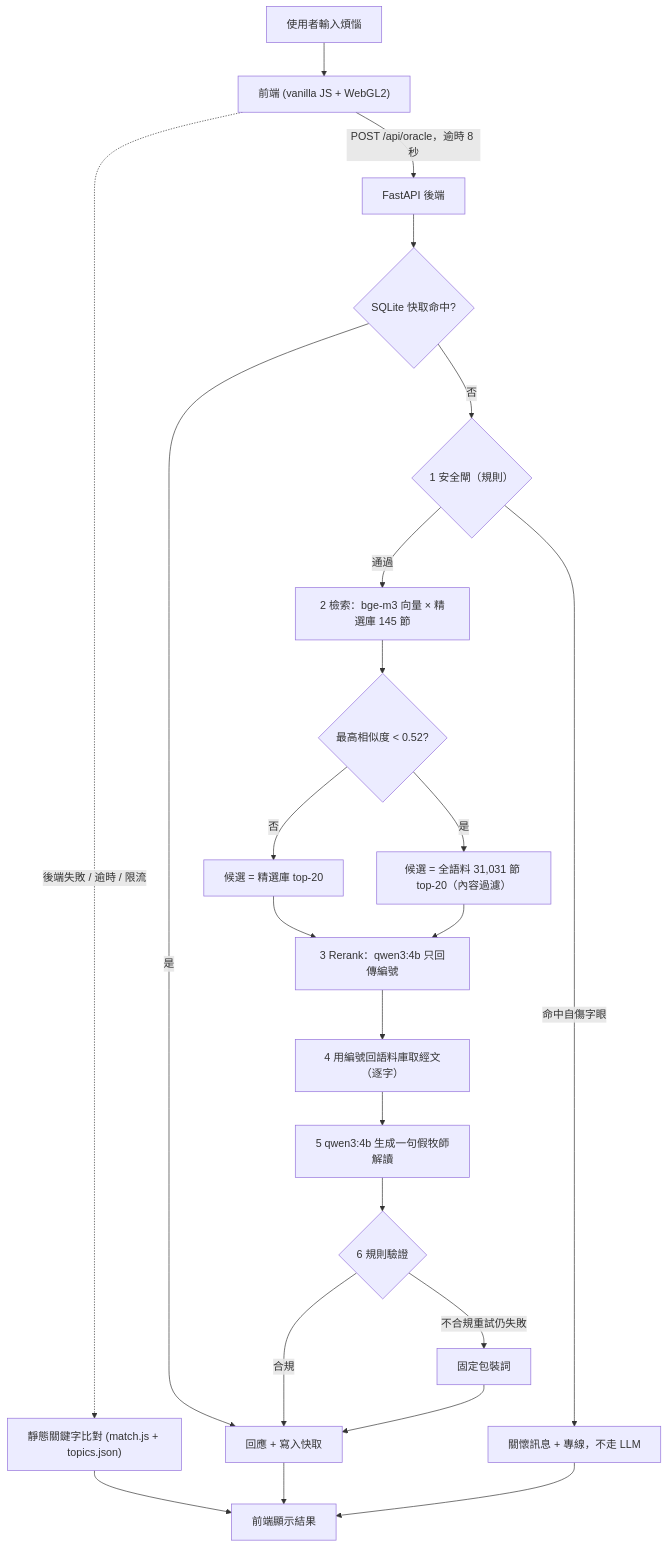
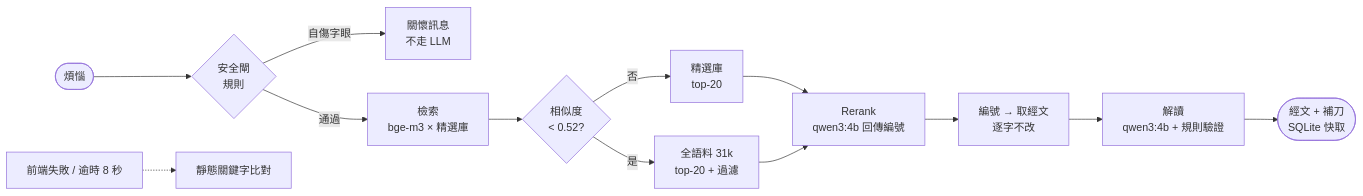
Before and after one commit to johnwalking/what_the_god_say: the diagram in README.md, drawn with Mermaid. The commit also changed other lines of this file and 3 other files, not shown here.

Commit message:
docs: README 架構圖改橫向、展示改用 mp4 與封面圖

````diff
--- a/README.md
+++ b/README.md
@@ -15,25 +15,15 @@
 ```mermaid
-flowchart TD
-    U["使用者輸入煩惱"] --> FE["前端 (vanilla JS + WebGL2)"]
-    FE -->|"POST /api/oracle，逾時 8 秒"| API["FastAPI 後端"]
-    FE -.->|"後端失敗 / 逾時 / 限流"| ST["靜態關鍵字比對 (match.js + topics.json)"]
-    API --> C{"SQLite 快取命中?"}
-    C -->|是| OUT
-    C -->|否| S{"1 安全閘（規則）"}
-    S -->|命中自傷字眼| CARE["關懷訊息 + 專線，不走 LLM"]
-    S -->|通過| R["2 檢索：bge-m3 向量 × 精選庫 145 節"]
-    R --> G{"最高相似度 &lt; 0.52?"}
-    G -->|否| P1["候選 = 精選庫 top-20"]
-    G -->|是| P2["候選 = 全語料 31,031 節 top-20（內容過濾）"]
-    P1 --> RR["3 Rerank：qwen3:4b 只回傳編號"]
-    P2 --> RR
-    RR --> V["4 用編號回語料庫取經文（逐字）"]
-    V --> Q["5 qwen3:4b 生成一句假牧師解讀"]
-    Q --> VAL{"6 規則驗證"}
-    VAL -->|不合規重試仍失敗| TPL["固定包裝詞"]
-    VAL -->|合規| OUT["回應 + 寫入快取"]
-    TPL --> OUT
-    ST --> OUT2["前端顯示結果"]
-    OUT --> OUT2
-    CARE --> OUT2
+flowchart LR
+    U(["煩惱"]) --> S{"安全閘<br/>規則"}
+    S -->|自傷字眼| CARE["關懷訊息<br/>不走 LLM"]
+    S -->|通過| R["檢索<br/>bge-m3 × 精選庫"]
+    R --> G{"相似度<br/>&lt; 0.52?"}
+    G -->|否| C1["精選庫<br/>top-20"]
+    G -->|是| C2["全語料 31k<br/>top-20 + 過濾"]
+    C1 --> RR["Rerank<br/>qwen3:4b 回傳編號"]
+    C2 --> RR
+    RR --> V["編號 → 取經文<br/>逐字不改"]
+    V --> Q["解讀<br/>qwen3:4b + 規則驗證"]
+    Q --> OUT(["經文 + 補刀<br/>SQLite 快取"])
+    FE["前端失敗 / 逾時 8 秒"] -.-> ST["靜態關鍵字比對"]
 ```
````
